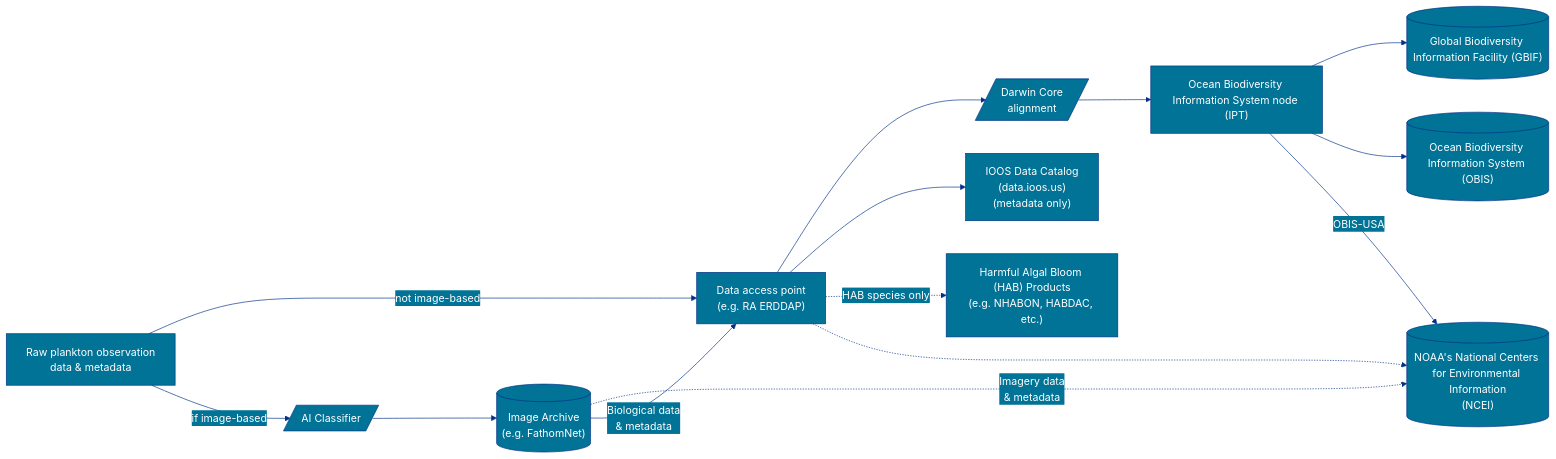
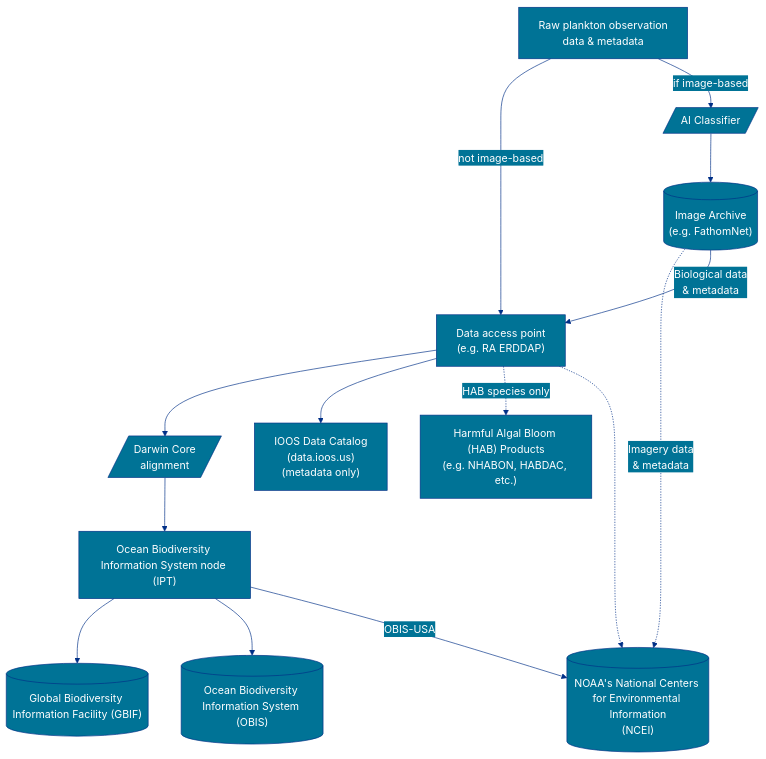
Before and after one commit to ioos/marine_life_data_network: the fifth of 5 diagrams in _docs/index.md, drawn with Mermaid.

Commit message:
Update index.md
Switching plankton diagram from LR to TD

````diff
--- a/_docs/index.md
+++ b/_docs/index.md
@@ -312,45 +312,45 @@
 ```mermaid
 
 %%{
   init: {
     'theme': 'base',
     'themeVariables': {
       'primaryColor': '#007396',
       'primaryTextColor': '#fff',
       'primaryBorderColor': '#003087',
       'lineColor': '#003087',
       'secondaryColor': '#007396',
       'tertiaryColor': '#CCD1D1'
     },
    'flowchart': { 'curve': 'basis' }
   }
 }%%
 
-flowchart LR
+flowchart TD
 
 A["Raw plankton observation<br/>data & metadata"]
 B["Data access point<br/>(e.g. RA ERDDAP)"]
 C[/Darwin Core<br/>alignment/]
 D[/AI Classifier/]
 E[("NOAA's National Centers for Environmental Information<br/>(NCEI)")]
 F["Ocean Biodiversity Information System node (IPT)"]
 G[("Global Biodiversity Information Facility (GBIF)")]
 H[("Ocean Biodiversity Information System (OBIS)")]
 I["IOOS Data Catalog<br/>(data.ioos.us)<br/>(metadata only)"]
 J["Harmful Algal Bloom (HAB) Products<br/>(e.g. NHABON, HABDAC, etc.)"]
 K[("Image Archive<br/>(e.g. FathomNet)")]
 
 A -->|not image-based| B
 A -->|if image-based| D
 D --> K
 K -. Imagery data<br/>& metadata .-> E
 K -- Biological data<br/>& metadata --> B
 B --> C
 B --> I
 B -.->|HAB species only| J
 B -.-> E
 C --> F
 F --> G
 F --> H
 F -- OBIS-USA --> E
 ```
````
